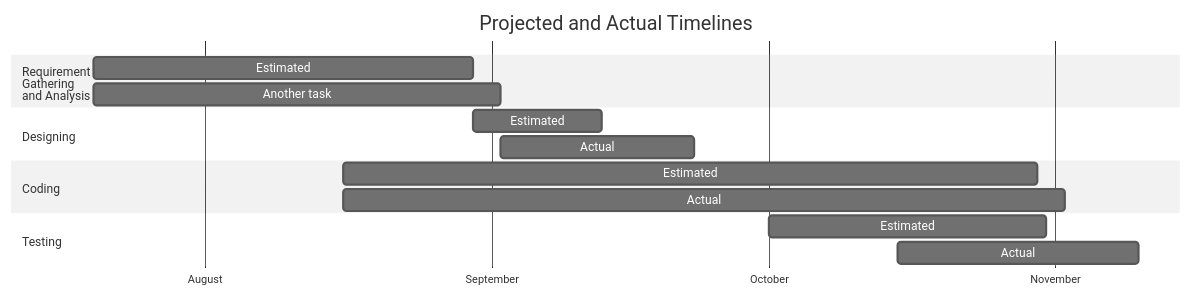
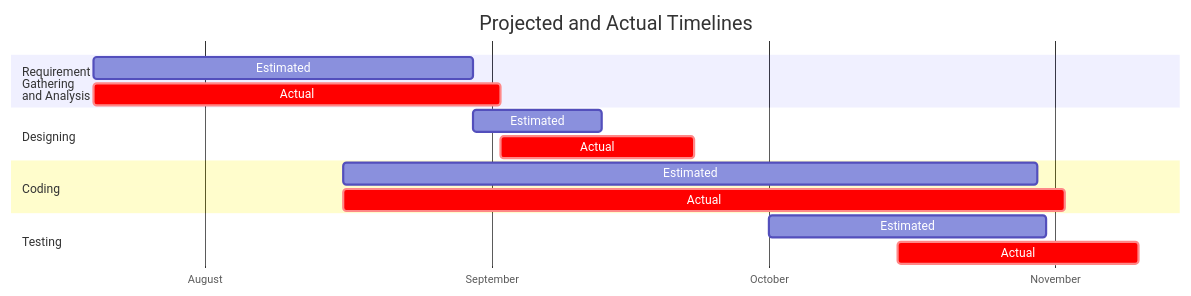
Before and after one commit to BoseVJeff/full_stack_php_web: the diagram in misc/gantt.mermaid, drawn with Mermaid. The commit also changed 5 other files, not shown here.

Commit message:
Updated Gantt chart to better match specs

```diff
--- a/misc/gantt.mermaid
+++ b/misc/gantt.mermaid
@@ -1,19 +1,18 @@
-%%{init: {'theme':'neutral','layoutDirection':'LR'}}%%
 gantt
     title Projected and Actual Timelines
     dateFormat YYYY-MM-DD
     todaymarker off
     tickInterval 1month
     axisFormat %B
     section Requirement<br>Gathering<br>and Analysis
         Estimated       : rgae, 2024-07-20, 2024-08-30
-        Another task    : rgaa, 2024-07-20, 2024-09-02
+        Actual    : crit, rgaa, 2024-07-20, 2024-09-02
     section Designing
         Estimated : after rgae, 14d
-        Actual    : after rgaa, 21d
+        Actual    : crit, after rgaa, 21d
     section Coding
         Estimated: ce, 2024-08-16, 2024-10-30
-        Actual: ca, 2024-08-16, 2024-11-02
+        Actual: crit, ca,2024-08-16, 2024-11-02
     section Testing
         Estimated: te, 2024-10-01, 30d
-        Actual: ta, 2024-10-15, 2024-11-10
+        Actual: crit, ta, 2024-10-15, 2024-11-10
```
